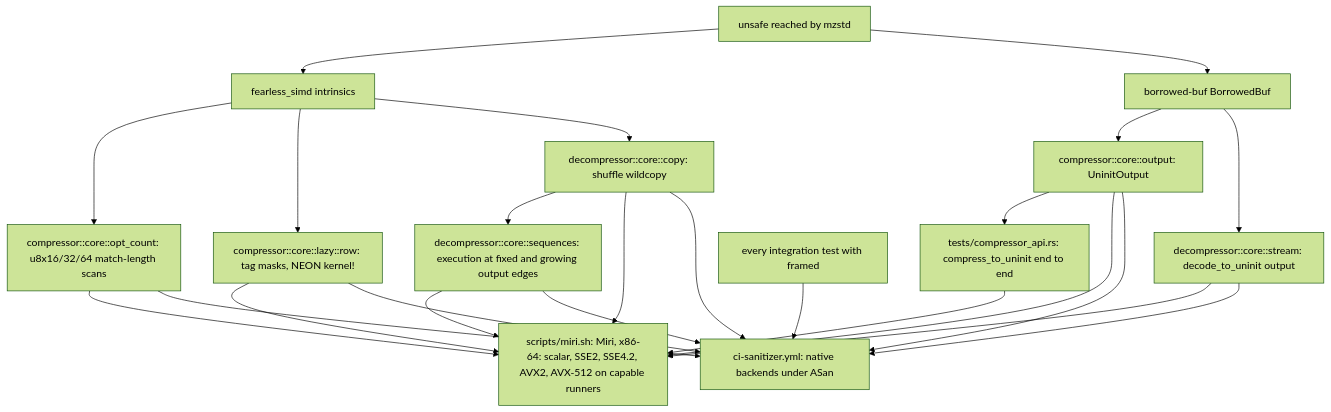
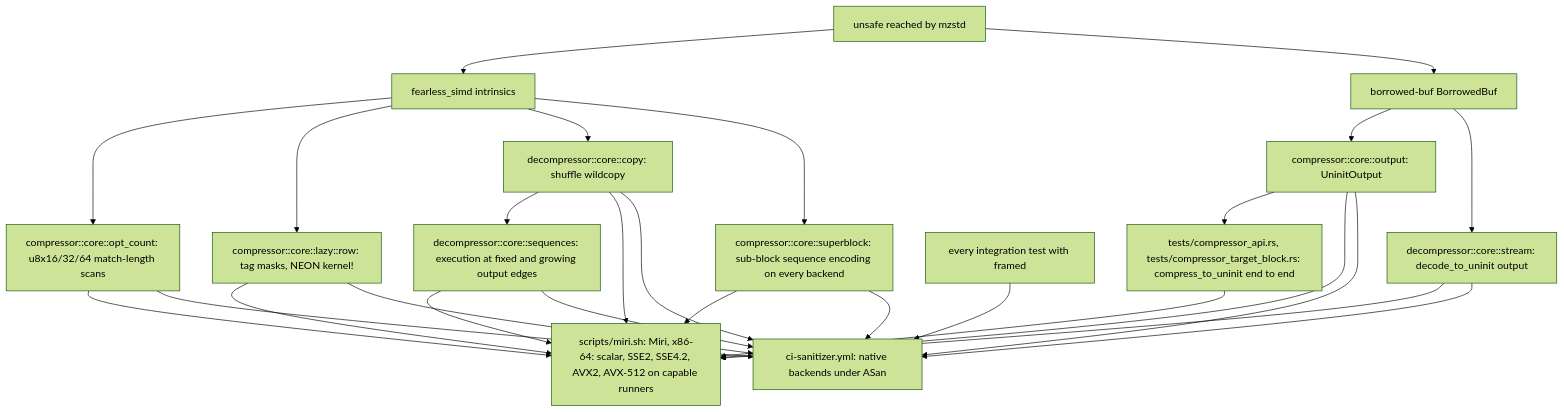
Before and after one commit to M-Compressors/mzstd: the fifth of 5 diagrams in architecture/ci.md, drawn with Mermaid (forest theme). The commit also changed 390 other files, not shown here.

````diff
--- a/architecture/ci.md
+++ b/architecture/ci.md
@@ -202,15 +202,16 @@
 ```mermaid
 flowchart TD
     Unsafe[unsafe reached by mzstd] --> Simd[fearless_simd intrinsics]
     Unsafe --> Buf[borrowed-buf BorrowedBuf]
     Simd --> K1["compressor::core::opt_count: u8x16/32/64 match-length scans"]
     Simd --> K2["compressor::core::lazy::row: tag masks, NEON kernel!"]
     Simd --> K3["decompressor::core::copy: shuffle wildcopy"]
     K3 --> K4["decompressor::core::sequences: execution at fixed and growing output edges"]
     Buf --> B1["compressor::core::output: UninitOutput"]
     Buf --> B2["decompressor::core::stream: decode_to_uninit output"]
-    B1 --> B3["tests/compressor_api.rs: compress_to_uninit end to end"]
-    K1 & K2 & K3 & K4 & B1 & B2 & B3 --> Miri["scripts/miri.sh: Miri, x86-64: scalar, SSE2, SSE4.2, AVX2, AVX-512 on capable runners"]
-    K1 & K2 & K3 & K4 & B1 & B2 --> ASan["ci-sanitizer.yml: native backends under ASan"]
+    B1 --> B3["tests/compressor_api.rs, tests/compressor_target_block.rs: compress_to_uninit end to end"]
+    Simd --> K5["compressor::core::superblock: sub-block sequence encoding on every backend"]
+    K1 & K2 & K3 & K4 & K5 & B1 & B2 & B3 --> Miri["scripts/miri.sh: Miri, x86-64: scalar, SSE2, SSE4.2, AVX2, AVX-512 on capable runners"]
+    K1 & K2 & K3 & K4 & K5 & B1 & B2 --> ASan["ci-sanitizer.yml: native backends under ASan"]
     All[every integration test with framed] --> ASan
 ```
````
